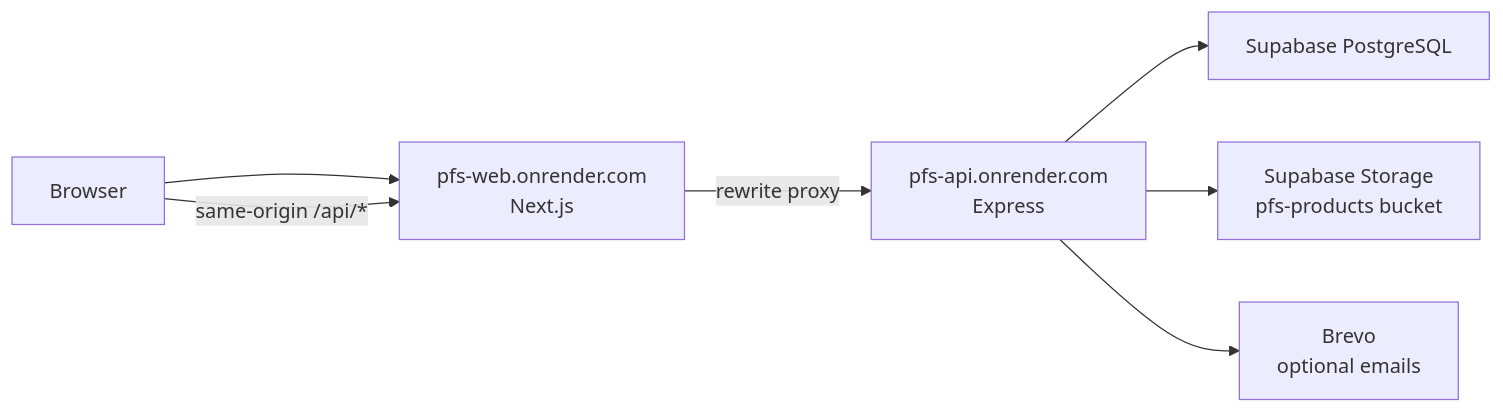
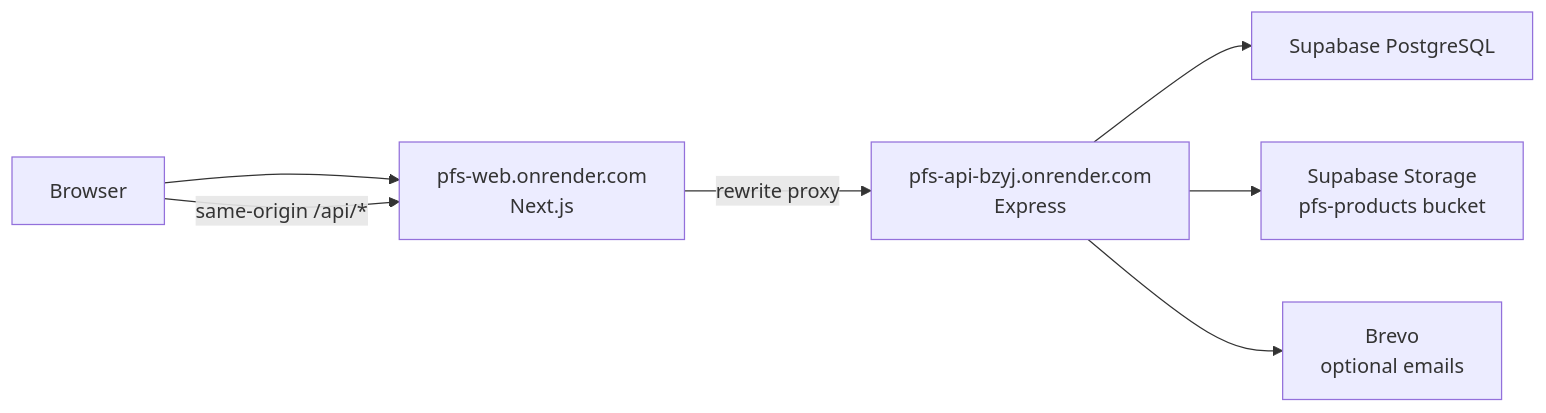
The diagram in docs/deployment.md (shanedesal/pfs-platform), drawn with Mermaid before and after one commit. The commit also changed 2 other files, not shown here.

````diff
--- a/docs/deployment.md
+++ b/docs/deployment.md
@@ -7,9 +7,9 @@
 ```mermaid
 flowchart LR
   Browser --> Web["pfs-web.onrender.com\nNext.js"]
   Browser -->|"same-origin /api/*"| Web
-  Web -->|"rewrite proxy"| API["pfs-api.onrender.com\nExpress"]
+  Web -->|"rewrite proxy"| API["pfs-api-bzyj.onrender.com\nExpress"]
   API --> DB["Supabase PostgreSQL"]
   API --> Storage["Supabase Storage\npfs-products bucket"]
   API --> Brevo["Brevo\noptional emails"]
 ```
````
